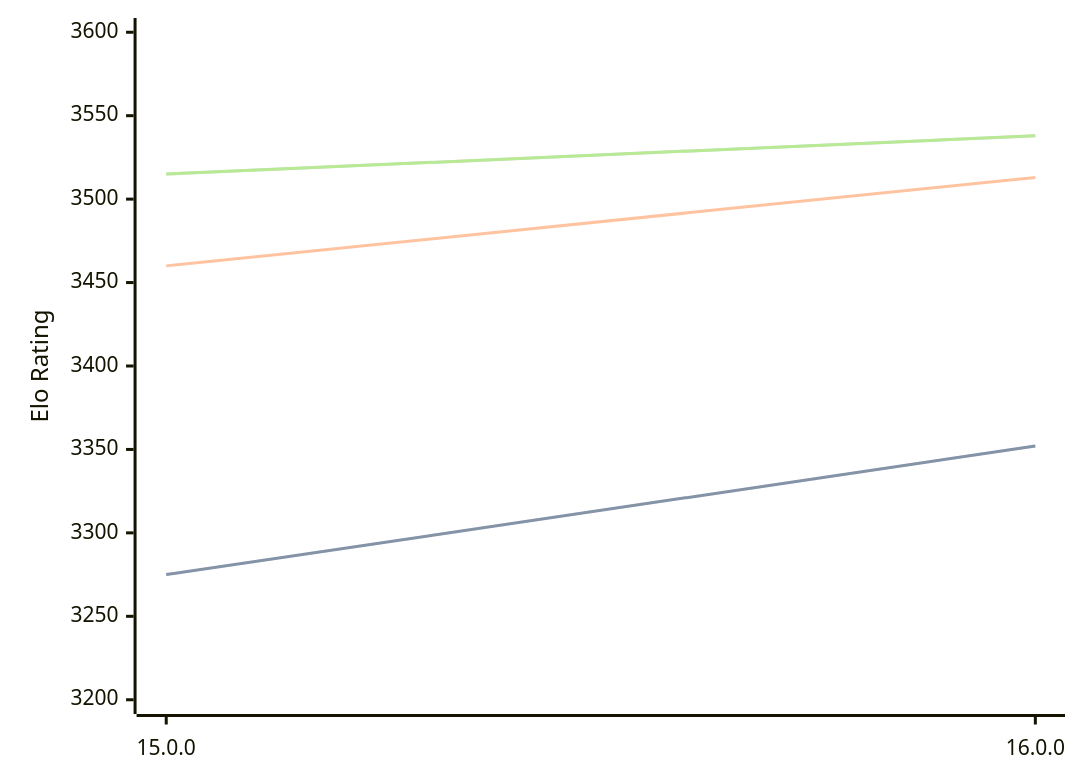
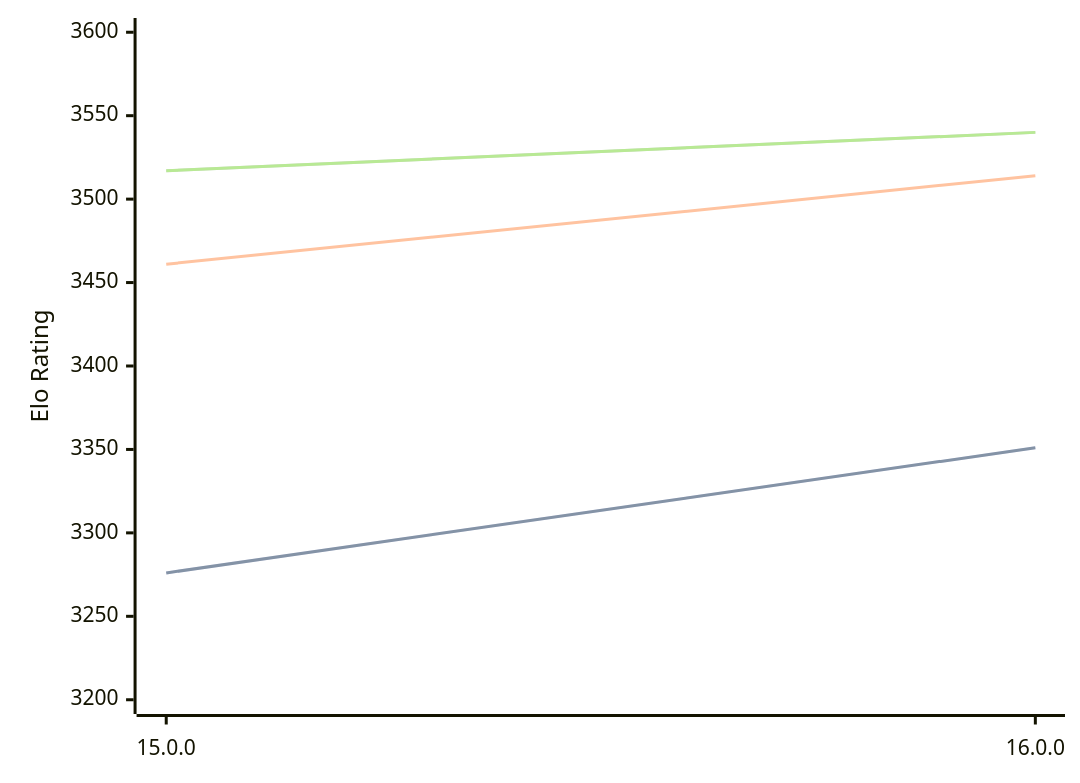
Before and after one commit to computer-chess-index/cci: the diagram in engines/Halogen.md, drawn with Mermaid. The commit also changed other lines of this file, not shown here.

Commit message:
Update CCI Ratings (ELO VLTC) - 2026-08-09

````diff
--- a/engines/Halogen.md
+++ b/engines/Halogen.md
@@ -32,11 +32,11 @@
 ```mermaid
 %%{init: {"theme":"base","themeVariables":{"seriesColors:['#a3a3a3','#222221','#faa371']}}}%%
 xychart-beta
   x-axis ["15.0.0", "16.0.0"]
   y-axis "Elo Rating" 3200 --> 3600
-  line "STC (8.0+0.08s)" [3275, 3352]
-  line "STC (8.0+0.08s)" [3275, 3352]
-  line "LTC (60.0+0.60s)" [3460, 3513]
-  line "VLTC (2m24s+1.12s)" [3515, 3538]
-  line "VLTC (2m24s+1.12s)" [3515, 3538]
+  line "STC (8.0+0.08s)" [3276, 3351]
+  line "STC (8.0+0.08s)" [3276, 3351]
+  line "LTC (60.0+0.60s)" [3461, 3514]
+  line "VLTC (2m24s+1.12s)" [3517, 3540]
+  line "VLTC (2m24s+1.12s)" [3517, 3540]
 ```
````
